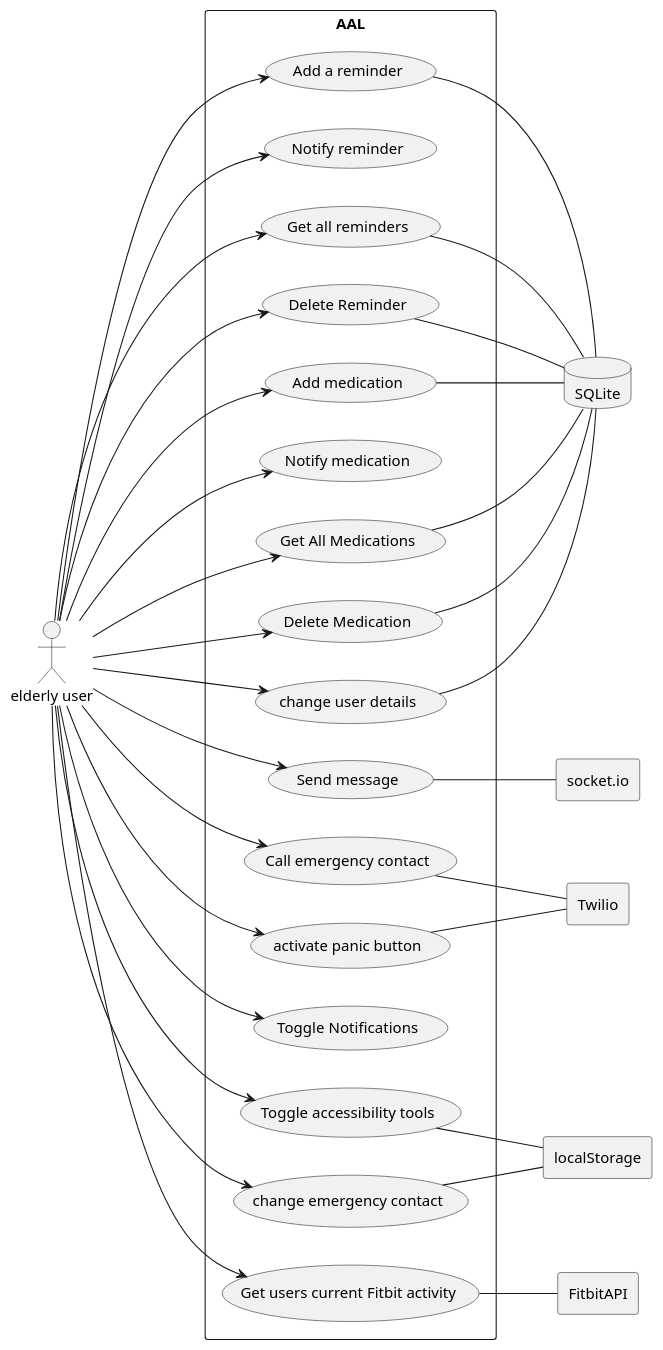
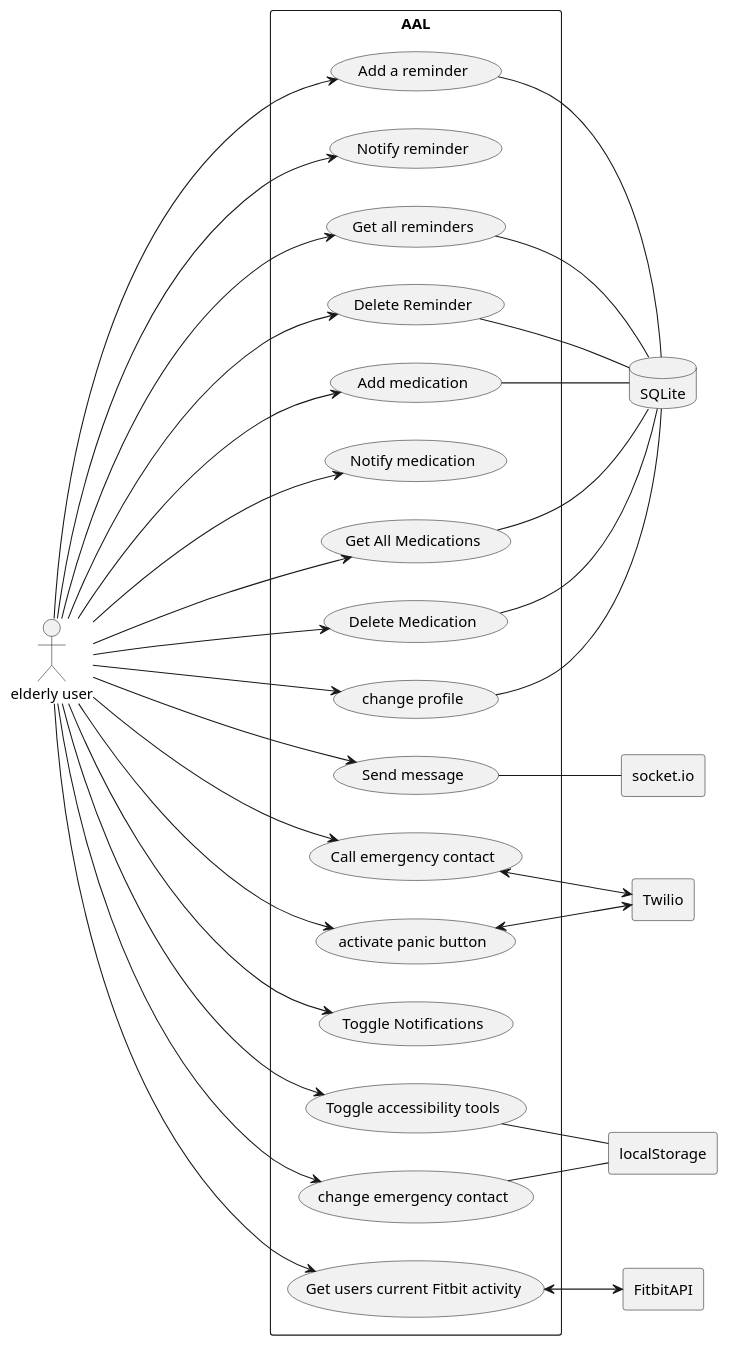
One commit to gurvirdhillon/AAL-project changed the diagram in PUML-designs/useCase2.puml. Above: the diagram before and after it, drawn with PlantUML.

Commit message:
added two point communication between twilio and the feature set

```diff
--- a/PUML-designs/useCase2.puml
+++ b/PUML-designs/useCase2.puml
@@ -1,50 +1,50 @@
 @startuml AAL-living UseCases
 
 :elderly user: as ElderlyUser
 
 rectangle "AAL" as AAL {
   left to right direction
 
-ElderlyUser ---> (Add a reminder)
+ElderlyUser ----> (Add a reminder)
 ElderlyUser ---> (Notify reminder)
 ElderlyUser ---> (Get all reminders)
 ElderlyUser ---> (Delete Reminder)
 ElderlyUser ---> (Add medication)
 ElderlyUser --> (Notify medication)
 ElderlyUser --> (Get All Medications)
 ElderlyUser --> (Delete Medication)
 ElderlyUser ---> (Call emergency contact)
 ElderlyUser ---> (Send message)
 ElderlyUser ---> (activate panic button)
-ElderlyUser --> (change user details)
+ElderlyUser --> (change profile)
 ElderlyUser --> (Toggle Notifications)
-ElderlyUser ----> (Toggle accessibility tools)
-ElderlyUser --> (change emergency contact)
-ElderlyUser ---> (Get users current Fitbit activity)
+ElderlyUser ---> (Toggle accessibility tools)
+ElderlyUser ---> (change emergency contact)
+ElderlyUser ----> (Get users current Fitbit activity)
 }
 
 rectangle "Twilio" as TwilioAPI
 rectangle "FitbitAPI" as FitbitAPI
 database "SQLite" as DB
 rectangle "socket.io" as SocketIO
 rectangle "localStorage" as localStorage
 
-(activate panic button) -- TwilioAPI
-(Call emergency contact) -- TwilioAPI
-(Get users current Fitbit activity) -- FitbitAPI
+(activate panic button) <--> TwilioAPI
+(Call emergency contact) <--> TwilioAPI
+(Get users current Fitbit activity) <--> FitbitAPI
 
 (Add a reminder) -- DB
 (Get all reminders) -- DB
 (Delete Reminder) -- DB
 (change emergency contact) -- localStorage
 (Toggle accessibility tools) -- localStorage
-(change user details) -- DB
+(change profile) -- DB
 
 (Add medication) -- DB
 (Delete Medication) -- DB
 (Get All Medications) -- DB
 
 (Send message) -- SocketIO
 
 
 @enduml
```
